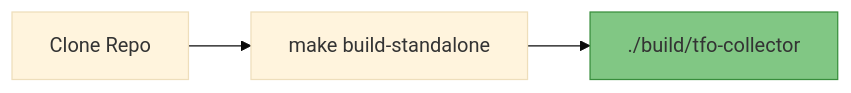
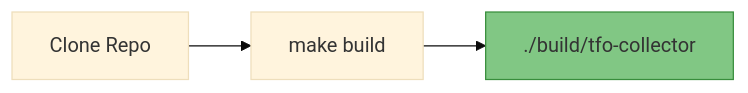
One commit to telemetryflow/telemetryflow-collector changed the first of 3 diagrams in docs/INSTALLATION.md. Above: the diagram before and after it, drawn with Mermaid (base theme). The commit also changed other lines of this file and 126 other files, not shown here.

````diff
--- a/docs/INSTALLATION.md
+++ b/docs/INSTALLATION.md
@@ -22,7 +21,7 @@
 ```mermaid
 flowchart LR
-    A[Clone Repo] --> B[make build-standalone]
+    A[Clone Repo] --> B[make build]
     B --> C[./build/tfo-collector]
 
     style C fill:#81C784,stroke:#388E3C
 ```
````
